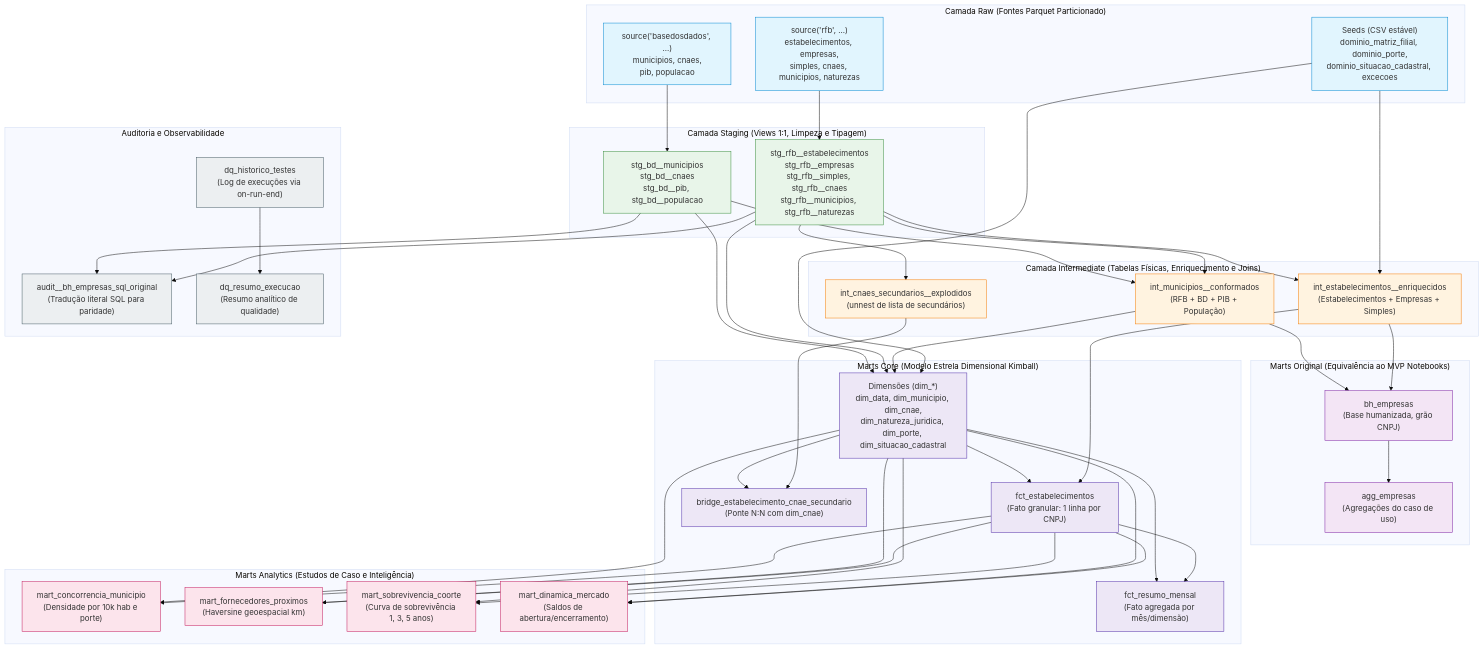
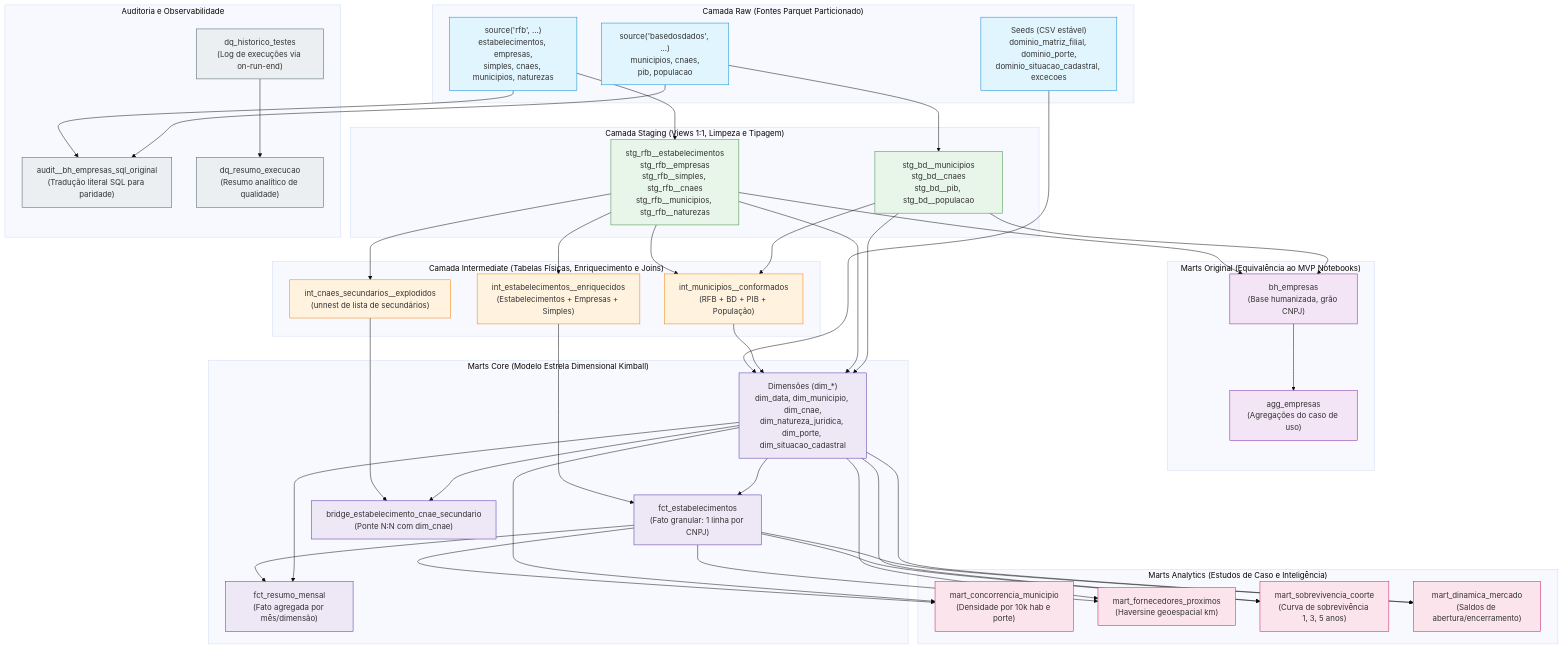
One commit to llrt/dbt-pipeline-rfb-v2 changed the second of 2 diagrams in docs/guia-dbt/01-fundamentos.md. Above: the diagram before and after it, drawn with Mermaid (base theme). The commit also changed other lines of this file, not shown here.

````diff
--- a/docs/guia-dbt/01-fundamentos.md
+++ b/docs/guia-dbt/01-fundamentos.md
@@ -174,7 +176,6 @@
     %% Conexões do Grafo
     S_RFB --> STG_RFB
     S_BD --> STG_BD
-    SEED --> INT_EST
     SEED --> DIM
 
     STG_RFB --> INT_EST
@@ -182,8 +183,8 @@
     STG_RFB --> INT_MUN
     STG_BD --> INT_MUN
 
-    INT_EST --> BH
-    INT_MUN --> BH
+    STG_RFB --> BH
+    STG_BD --> BH
     BH --> AGG
 
     INT_MUN --> DIM
@@ -207,7 +208,7 @@
     FCT_EST --> MART_DIN
     DIM --> MART_DIN
 
-    STG_RFB --> AUDIT
-    STG_BD --> AUDIT
+    S_RFB --> AUDIT
+    S_BD --> AUDIT
     OBS_HIST --> OBS_RES
 ```
````
